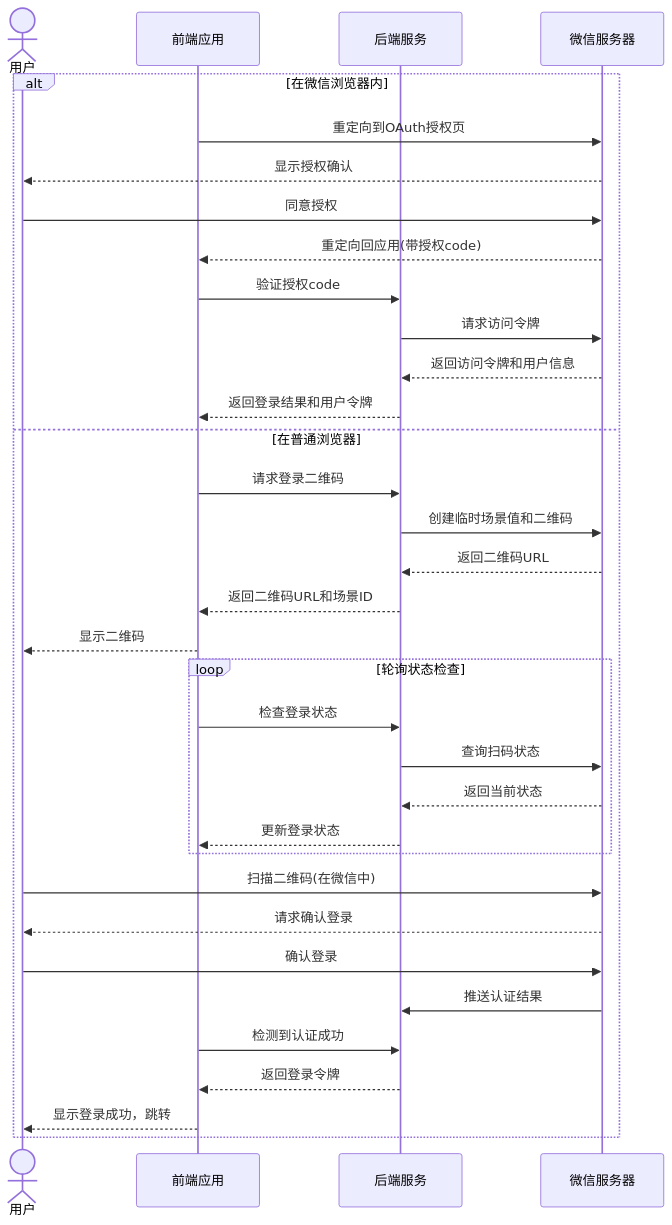
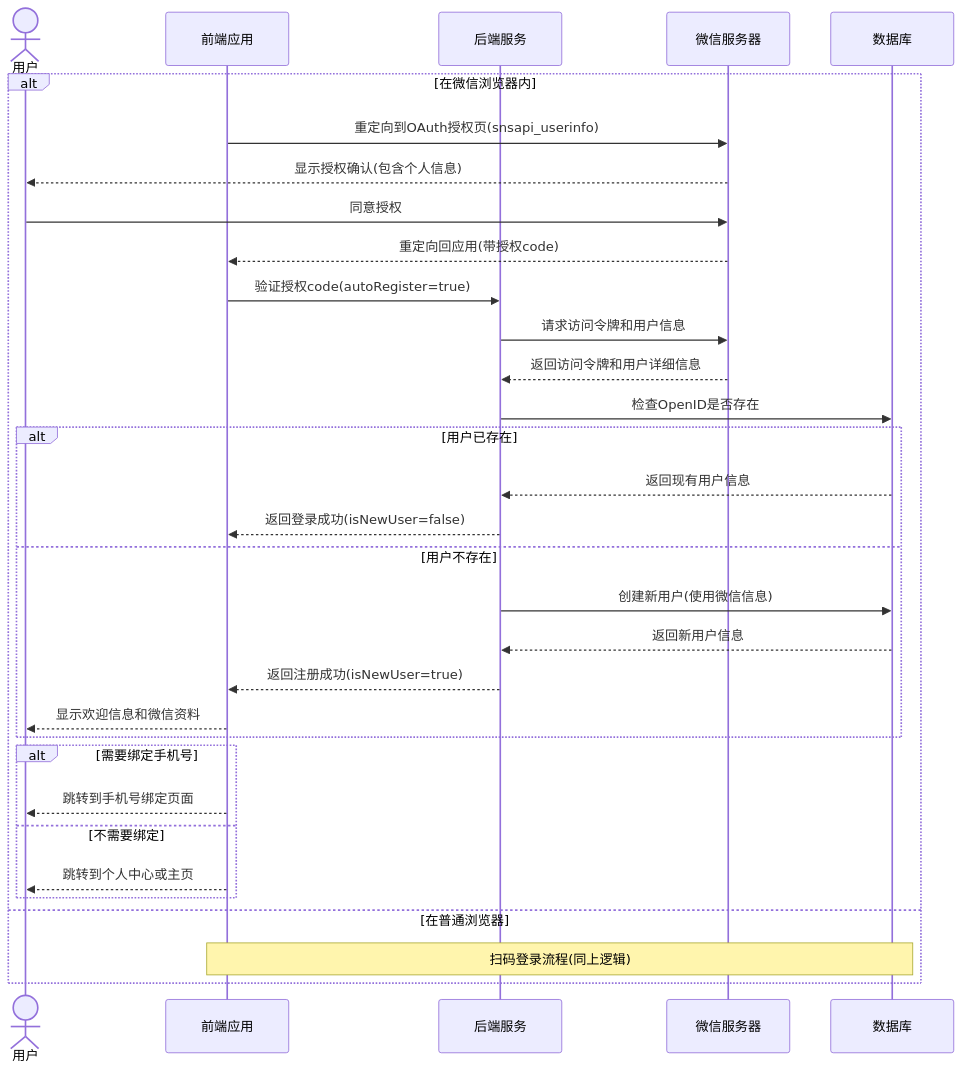
Before and after one commit to weihongyu12/web: the fourth of 4 diagrams in docs/features/authentication/wechat/README.md, drawn with Mermaid. The commit also changed other lines of this file and 1 other file, not shown here.

````diff
--- a/docs/features/authentication/wechat/README.md
+++ b/docs/features/authentication/wechat/README.md
@@ -369,39 +658,38 @@
 ```mermaid
 sequenceDiagram
     actor User as 用户
     participant Client as 前端应用
     participant Server as 后端服务
     participant WeChat as 微信服务器
+    participant DB as 数据库
     
     alt 在微信浏览器内
-        Client->>WeChat: 重定向到OAuth授权页
-        WeChat-->>User: 显示授权确认
+        Client->>WeChat: 重定向到OAuth授权页(snsapi_userinfo)
+        WeChat-->>User: 显示授权确认(包含个人信息)
         User->>WeChat: 同意授权
         WeChat-->>Client: 重定向回应用(带授权code)
-        Client->>Server: 验证授权code
-        Server->>WeChat: 请求访问令牌
-        WeChat-->>Server: 返回访问令牌和用户信息
-        Server-->>Client: 返回登录结果和用户令牌
-    else 在普通浏览器
-        Client->>Server: 请求登录二维码
-        Server->>WeChat: 创建临时场景值和二维码
-        WeChat-->>Server: 返回二维码URL
-        Server-->>Client: 返回二维码URL和场景ID
-        Client-->>User: 显示二维码
+        Client->>Server: 验证授权code(autoRegister=true)
+        Server->>WeChat: 请求访问令牌和用户信息
+        WeChat-->>Server: 返回访问令牌和用户详细信息
         
-        loop 轮询状态检查
-            Client->>Server: 检查登录状态
-            Server->>WeChat: 查询扫码状态
-            WeChat-->>Server: 返回当前状态
-            Server-->>Client: 更新登录状态
+        Server->>DB: 检查OpenID是否存在
+        alt 用户已存在
+            DB-->>Server: 返回现有用户信息
+            Server-->>Client: 返回登录成功(isNewUser=false)
+        else 用户不存在
+            Server->>DB: 创建新用户(使用微信信息)
+            DB-->>Server: 返回新用户信息
+            Server-->>Client: 返回注册成功(isNewUser=true)
+            Client-->>User: 显示欢迎信息和微信资料
         end
         
-        User->>WeChat: 扫描二维码(在微信中)
-        WeChat-->>User: 请求确认登录
-        User->>WeChat: 确认登录
-        WeChat->>Server: 推送认证结果
-        Client->>Server: 检测到认证成功
-        Server-->>Client: 返回登录令牌
-        Client-->>User: 显示登录成功，跳转
+        alt 需要绑定手机号
+            Client-->>User: 跳转到手机号绑定页面
+        else 不需要绑定
+            Client-->>User: 跳转到个人中心或主页
+        end
+        
+    else 在普通浏览器
+        Note over Client,DB: 扫码登录流程(同上逻辑)
     end
 ```
````
